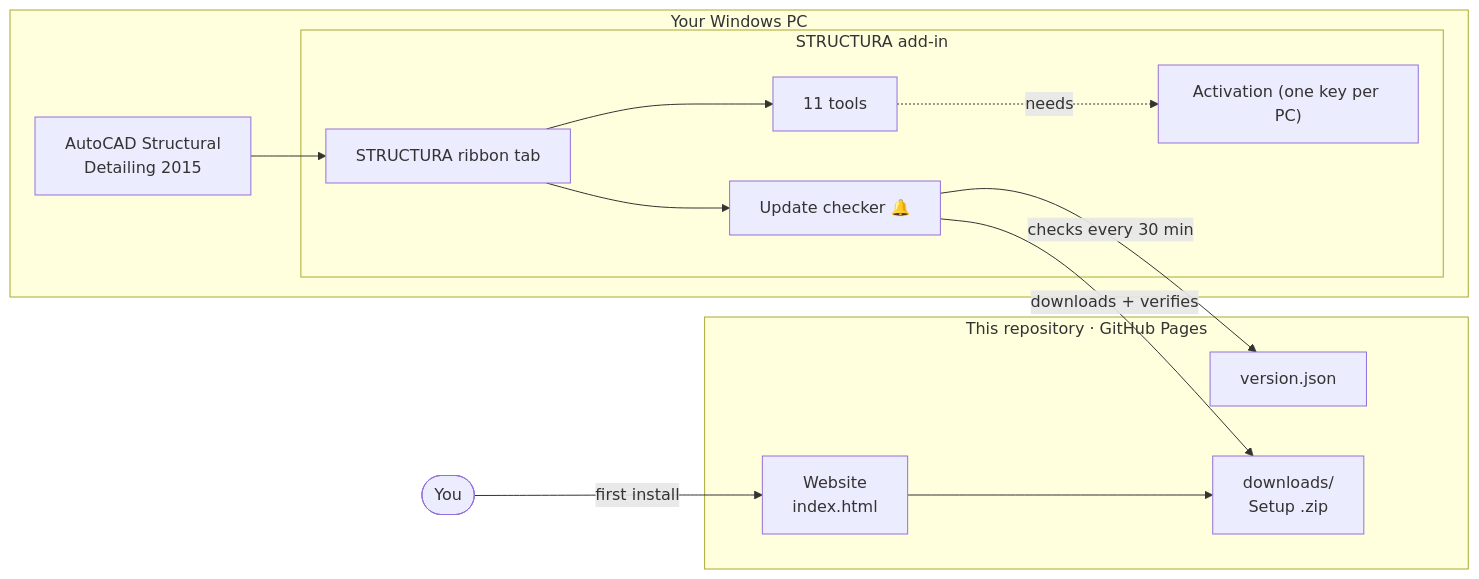
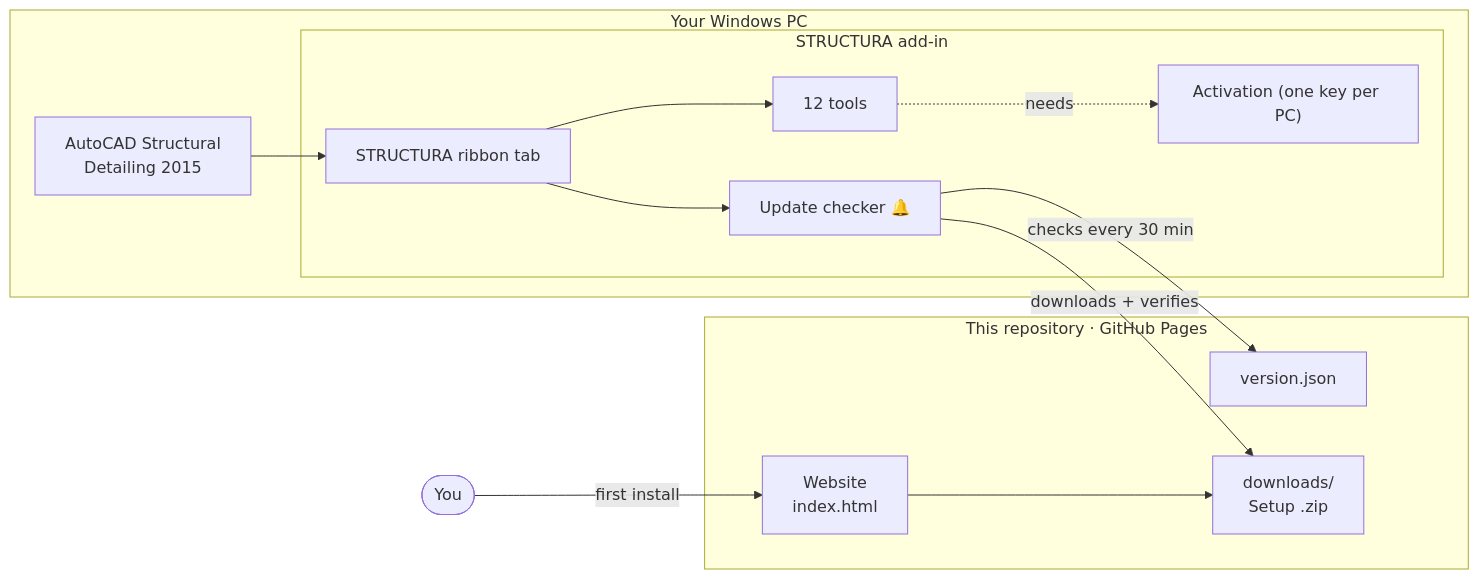
Before and after one commit to baraa2x-hub/STRUCTURA-ASD: the first of 2 diagrams in README.md, drawn with Mermaid. The commit also changed other lines of this file and 7 other files, not shown here.

````diff
--- a/README.md
+++ b/README.md
@@ -52,23 +53,23 @@
 ```mermaid
 flowchart LR
     subgraph PC["Your Windows PC"]
         ASD["AutoCAD Structural<br/>Detailing 2015"]
         subgraph ADDIN["STRUCTURA add-in"]
             TAB["STRUCTURA ribbon tab"]
-            TOOLS["11 tools"]
+            TOOLS["12 tools"]
             UPD["Update checker 🔔"]
             LIC["Activation (one key per PC)"]
         end
         ASD --> TAB --> TOOLS
         TAB --> UPD
         TOOLS -. needs .-> LIC
     end
     subgraph WEB["This repository · GitHub Pages"]
         SITE["Website<br/>index.html"]
         VER["version.json"]
         ZIP["downloads/<br/>Setup .zip"]
     end
     UPD -- "checks every 30 min" --> VER
     UPD -- "downloads + verifies" --> ZIP
     USER(["You"]) -- "first install" --> SITE --> ZIP
 ```
````
